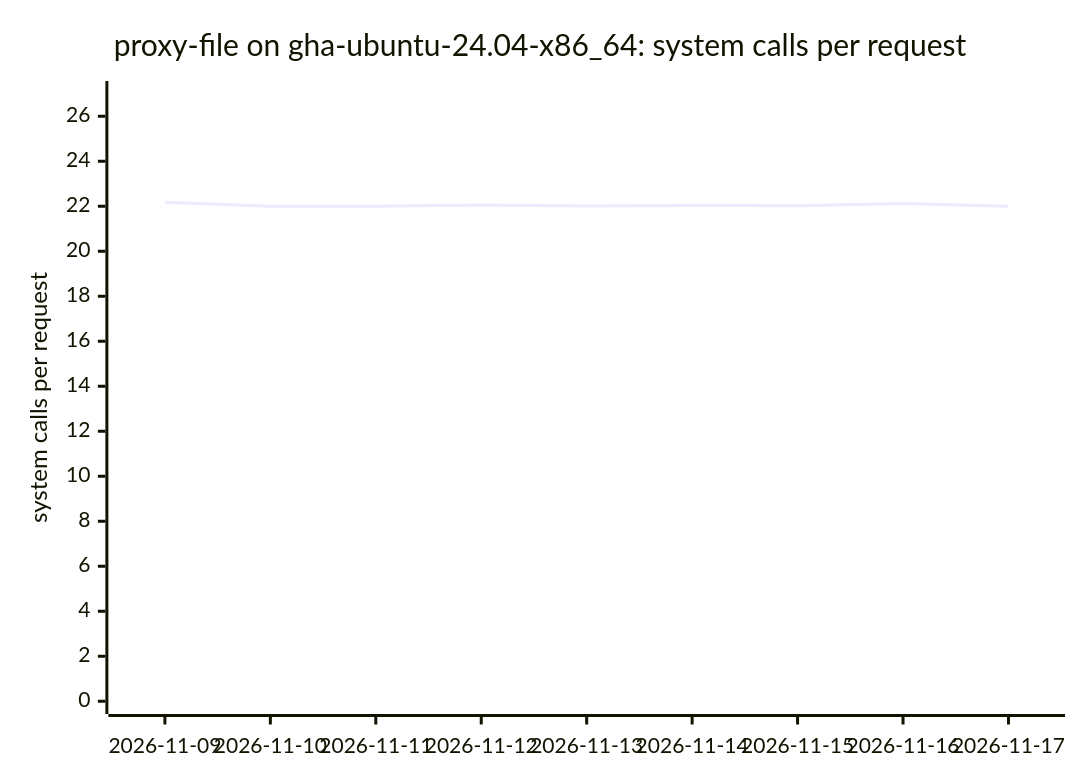
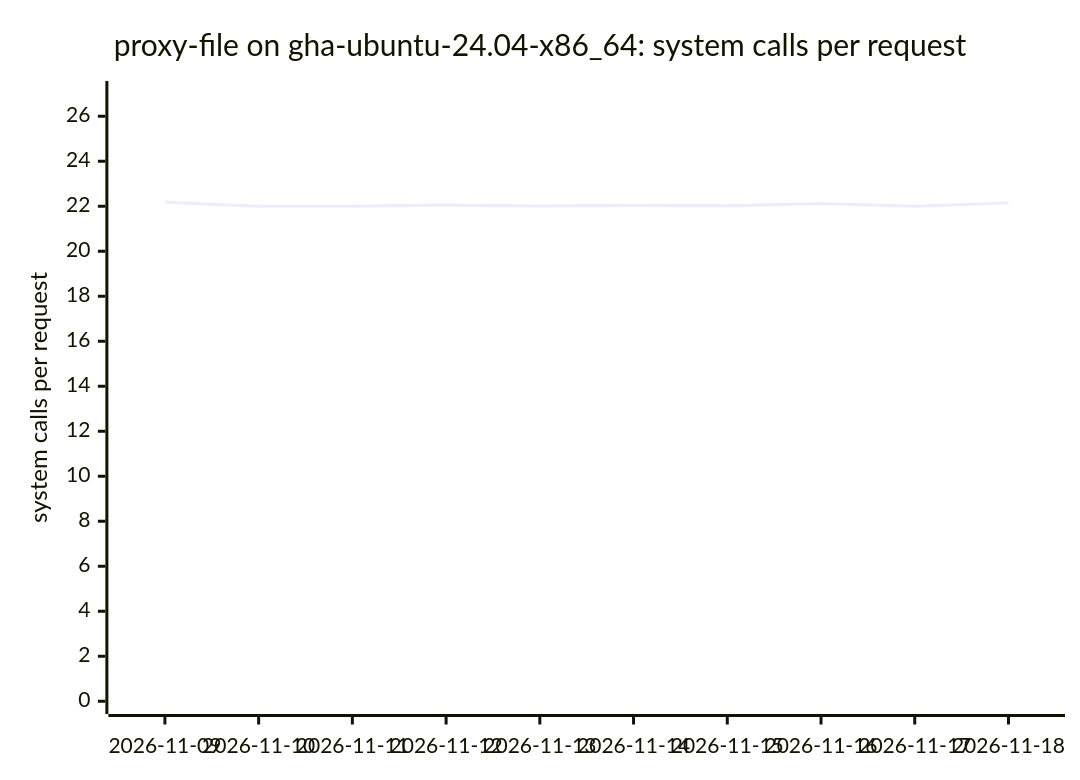
One commit to ThePixelPilgrim/durchlauferhitzer changed diagram 16 of 19 in BENCHMARKS.md. Above: the diagram before and after it, drawn with Mermaid. The commit also changed other lines of this file and 3 other files, not shown here.

````diff
--- a/BENCHMARKS.md
+++ b/BENCHMARKS.md
@@ -178,7 +178,7 @@
 ```mermaid
 xychart-beta
   title "proxy-file on gha-ubuntu-24.04-x86_64: system calls per request"
-  x-axis ["2026-11-09", "2026-11-10", "2026-11-11", "2026-11-12", "2026-11-13", "2026-11-14", "2026-11-15", "2026-11-16", "2026-11-17"]
+  x-axis ["2026-11-09", "2026-11-10", "2026-11-11", "2026-11-12", "2026-11-13", "2026-11-14", "2026-11-15", "2026-11-16", "2026-11-17", "2026-11-18"]
   y-axis "system calls per request" 0 --> 27
-  line [22.18, 22.00, 22.00, 22.06, 22.01, 22.04, 22.02, 22.12, 22.00]
+  line [22.18, 22.00, 22.00, 22.06, 22.01, 22.04, 22.02, 22.12, 22.00, 22.15]
 ```
````
